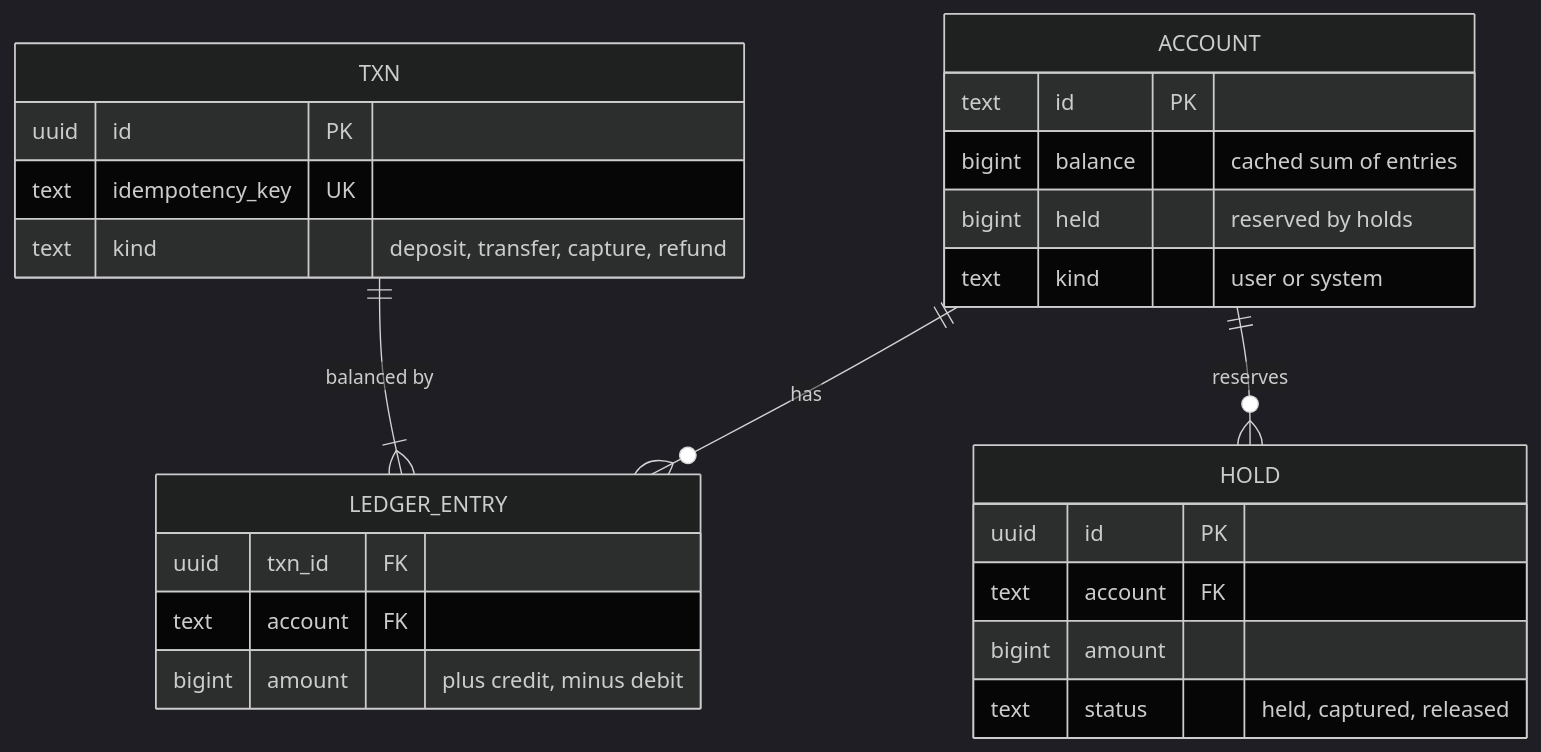
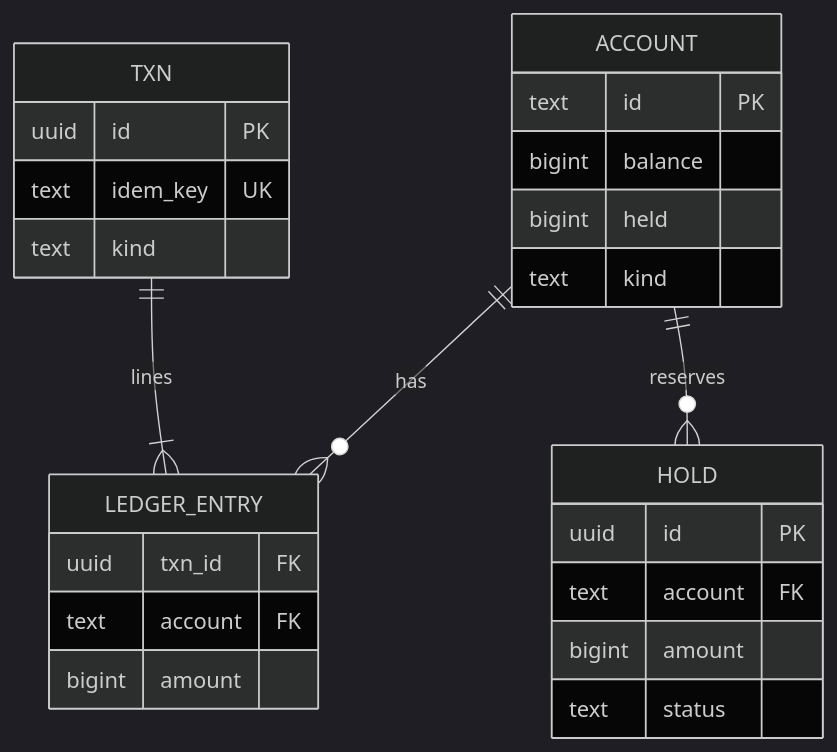
One commit to dhaval-76/engineering-field-guide changed the diagram in src/content/topics/low-level-design/digital-wallet/diagrams/wallet-model.mmd. Above: the diagram before and after it, drawn with Mermaid (dark theme). The commit also changed 90 other files, not shown here.

Commit message:
LLD diagrams: vertical layouts, collapsed families and trimmed members so class, state and ER diagrams fit phones

```diff
--- a/src/content/topics/low-level-design/digital-wallet/diagrams/wallet-model.mmd
+++ b/src/content/topics/low-level-design/digital-wallet/diagrams/wallet-model.mmd
@@ -1,26 +1,26 @@
 erDiagram
-  ACCOUNT ||--o{ LEDGER_ENTRY : "has"
-  TXN ||--|{ LEDGER_ENTRY : "balanced by"
-  ACCOUNT ||--o{ HOLD : "reserves"
+  ACCOUNT ||--o{ LEDGER_ENTRY : has
+  TXN ||--|{ LEDGER_ENTRY : lines
+  ACCOUNT ||--o{ HOLD : reserves
   ACCOUNT {
     text id PK
-    bigint balance "cached sum of entries"
-    bigint held "reserved by holds"
-    text kind "user or system"
+    bigint balance
+    bigint held
+    text kind
   }
   TXN {
     uuid id PK
-    text idempotency_key UK
-    text kind "deposit, transfer, capture, refund"
+    text idem_key UK
+    text kind
   }
   LEDGER_ENTRY {
     uuid txn_id FK
     text account FK
-    bigint amount "plus credit, minus debit"
+    bigint amount
   }
   HOLD {
     uuid id PK
     text account FK
     bigint amount
-    text status "held, captured, released"
+    text status
   }
```
